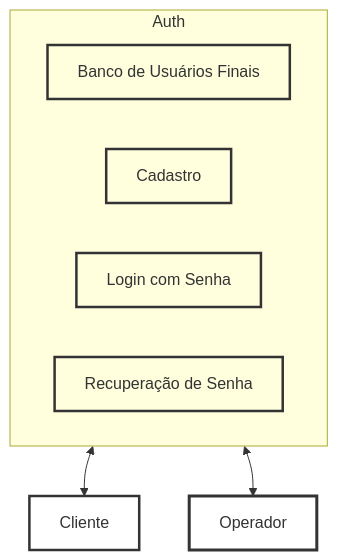
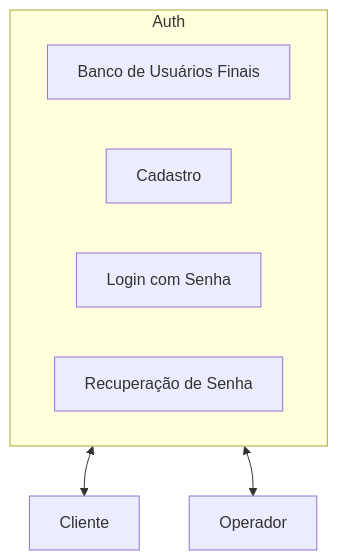
One commit to FormigTeen/spec-arch changed the fifth of 9 diagrams in README.md. Above: the diagram before and after it, drawn with Mermaid. The commit also changed other lines of this file and 1 other file, not shown here.

````diff
--- a/README.md
+++ b/README.md
@@ -228,18 +213,15 @@
 ```mermaid
 flowchart TB
-  classDef comp fill:transparent,stroke:#333,stroke-width:2.5px,color:#333
-  classDef compCore fill:transparent,stroke:#333,stroke-width:3px,color:#333
+  CLI[Cliente]
+  OPER[Operador]
 
-  CLI["Cliente"]:::comp
-  OPER["Operador"]:::compCore
-
-  subgraph AUTH["Auth"]
-    DBUS["Banco de Usuários Finais"]:::comp
-    CAD["Cadastro"]:::comp
-    LOGIN["Login com Senha"]:::comp
-    REC["Recuperação de Senha"]:::comp
+  subgraph AUTH[Auth]
+    DBUS[Banco de Usuários Finais]
+    CAD[Cadastro]
+    LOGIN[Login com Senha]
+    REC[Recuperação de Senha]
   end
 
   AUTH <--> CLI
   AUTH <--> OPER
 ```
````
